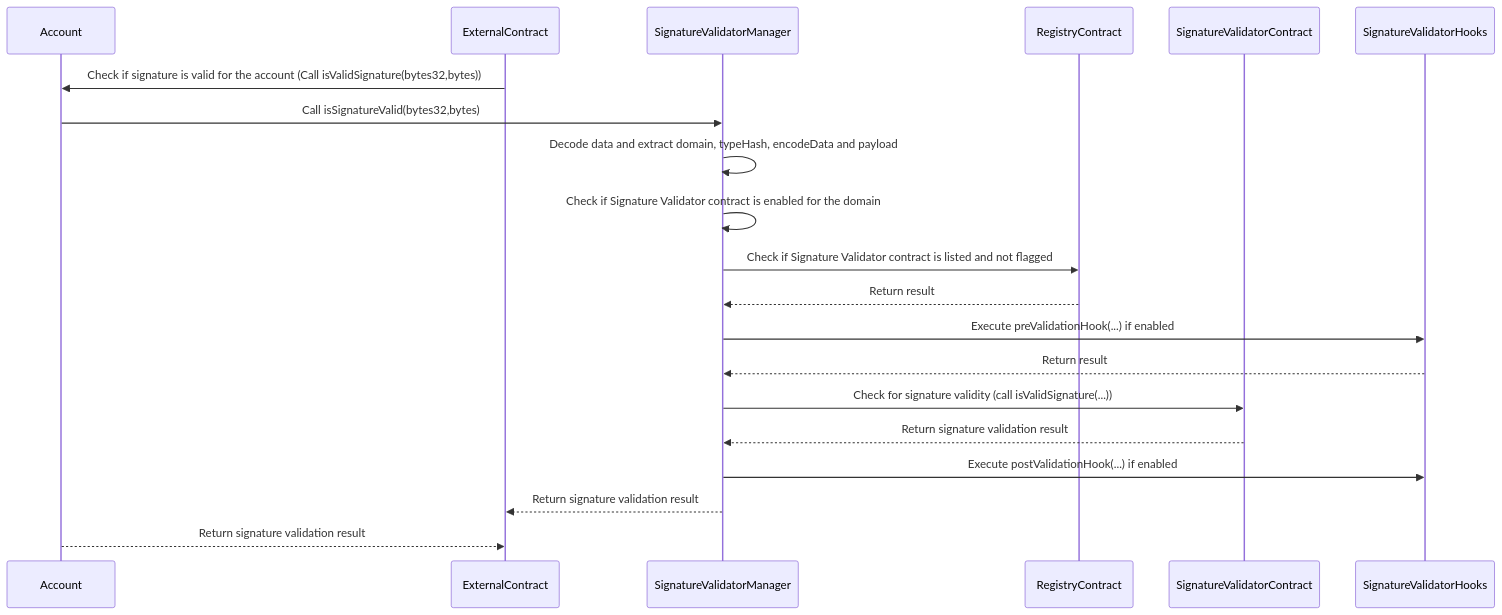
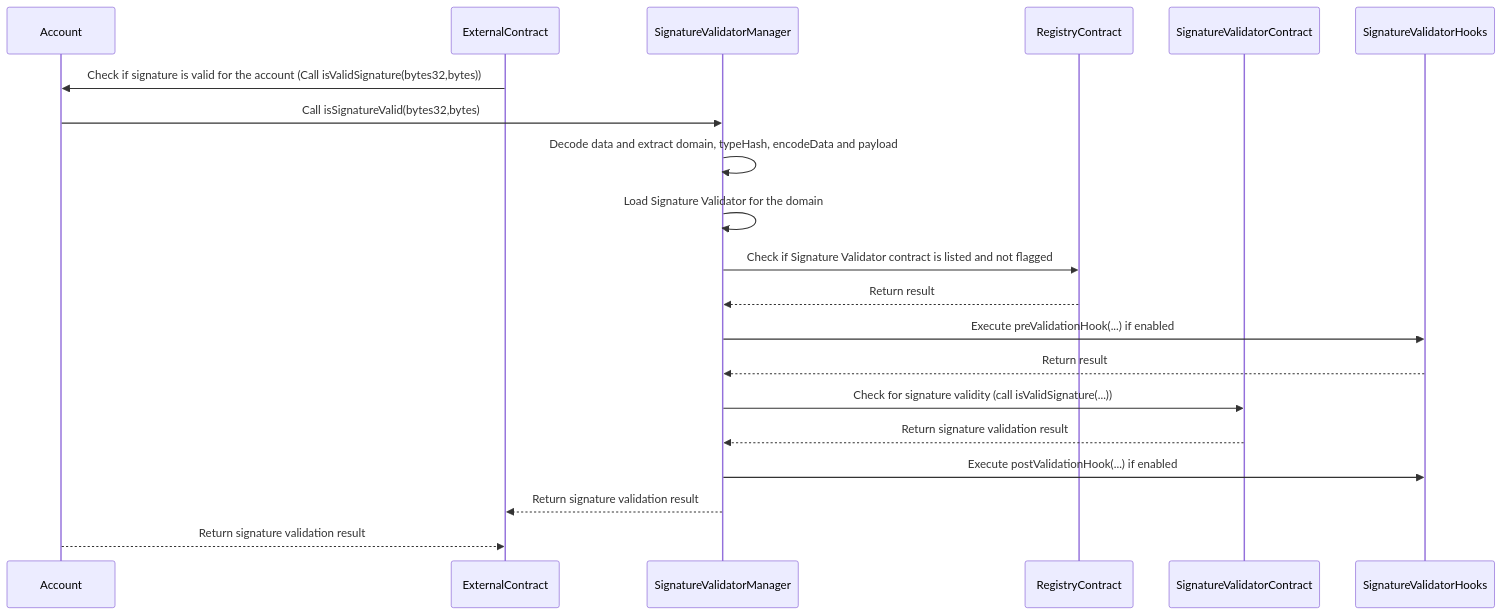
Before and after one commit to 5afe/safe-core-protocol-specs: the second of 2 diagrams in modules/README.md, drawn with Mermaid. The commit also changed other lines of this file, not shown here.

````diff
--- a/modules/README.md
+++ b/modules/README.md
@@ -253,24 +254,24 @@
 ```mermaid
 sequenceDiagram
 	participant Account
 	participant ExternalContract
 	participant SignatureValidatorManager
 	participant RegistryContract
 	participant SignatureValidatorContract
     participant SignatureValidatorHooks
 
 	ExternalContract->>Account: Check if signature is valid for the account (Call isValidSignature(bytes32,bytes))
     Account->>SignatureValidatorManager: Call isSignatureValid(bytes32,bytes)
     SignatureValidatorManager->>SignatureValidatorManager: Decode data and extract domain, typeHash, encodeData and payload
-    SignatureValidatorManager->>SignatureValidatorManager: Check if Signature Validator contract is enabled for the domain
+    SignatureValidatorManager->>SignatureValidatorManager: Load Signature Validator for the domain
 	SignatureValidatorManager->>RegistryContract: Check if Signature Validator contract is listed and not flagged
 	RegistryContract-->>SignatureValidatorManager: Return result
     SignatureValidatorManager->>SignatureValidatorHooks: Execute preValidationHook(...) if enabled
     SignatureValidatorHooks-->>SignatureValidatorManager: Return result
 
 	SignatureValidatorManager->>SignatureValidatorContract: Check for signature validity (call isValidSignature(...))
 	SignatureValidatorContract-->>SignatureValidatorManager: Return signature validation result
     SignatureValidatorManager->>SignatureValidatorHooks: Execute postValidationHook(...) if enabled
 	SignatureValidatorManager-->>ExternalContract: Return signature validation result
     Account-->>ExternalContract: Return signature validation result
 ```
````
